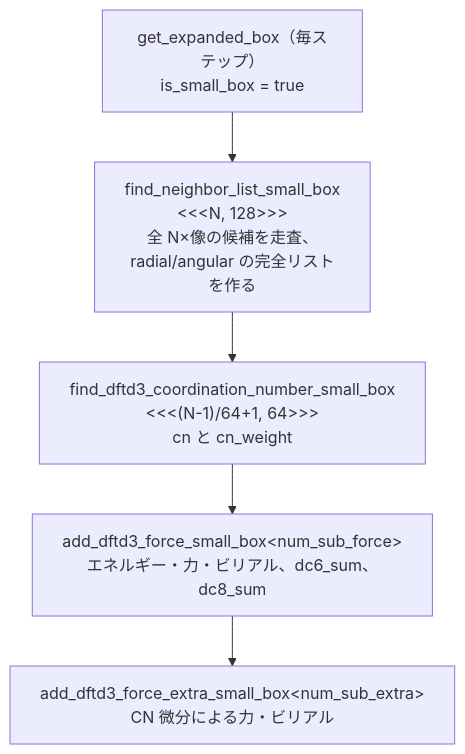
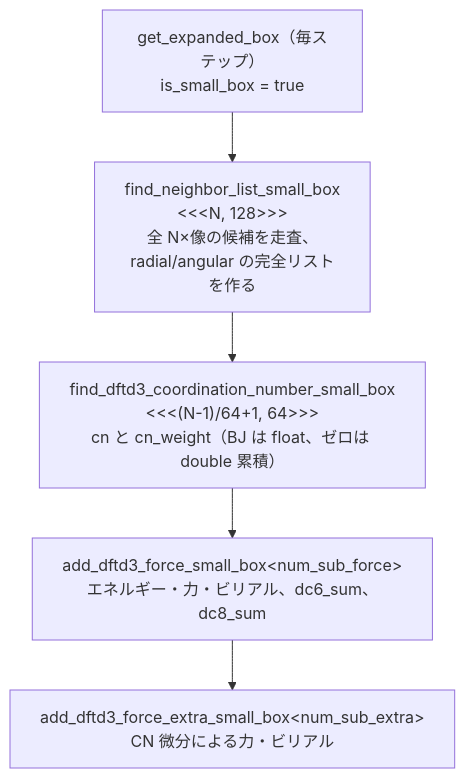
Before and after one commit to mkatouda/GPUMD: the first of 3 diagrams in docs_ja/dftd/04_source_structure.md, drawn with Mermaid. The commit also changed other lines of this file and 7 other files, not shown here.

````diff
--- a/docs_ja/dftd/04_source_structure.md
+++ b/docs_ja/dftd/04_source_structure.md
@@ -173,7 +191,7 @@
 ```mermaid
 flowchart TD
   A["get_expanded_box（毎ステップ）<br/>is_small_box = true"] --> B["find_neighbor_list_small_box<br/>&lt;&lt;&lt;N, 128&gt;&gt;&gt;<br/>全 N×像の候補を走査、radial/angular の完全リストを作る"]
-  B --> C["find_dftd3_coordination_number_small_box<br/>&lt;&lt;&lt;(N-1)/64+1, 64&gt;&gt;&gt;<br/>cn と cn_weight"]
+  B --> C["find_dftd3_coordination_number_small_box<br/>&lt;&lt;&lt;(N-1)/64+1, 64&gt;&gt;&gt;<br/>cn と cn_weight（BJ は float、ゼロは double 累積）"]
   C --> D["add_dftd3_force_small_box&lt;num_sub_force&gt;<br/>エネルギー・力・ビリアル、dc6_sum、dc8_sum"]
   D --> E["add_dftd3_force_extra_small_box&lt;num_sub_extra&gt;<br/>CN 微分による力・ビリアル"]
 ```
````
